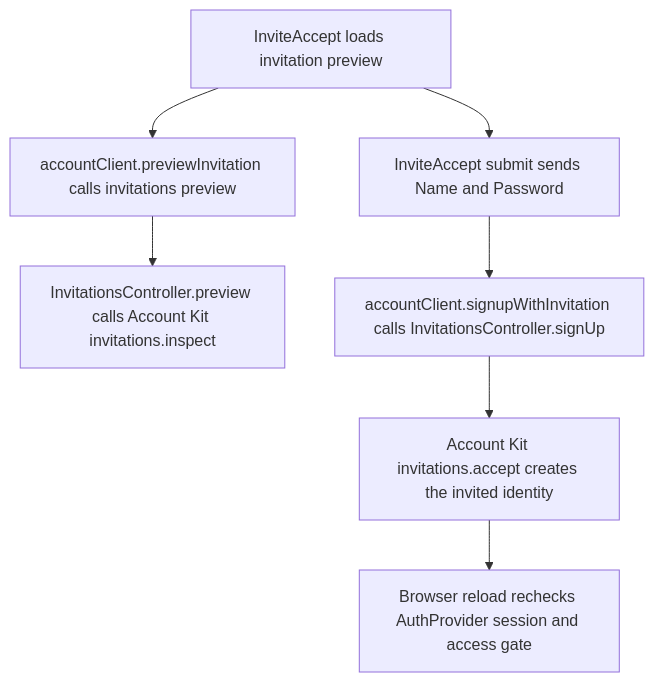
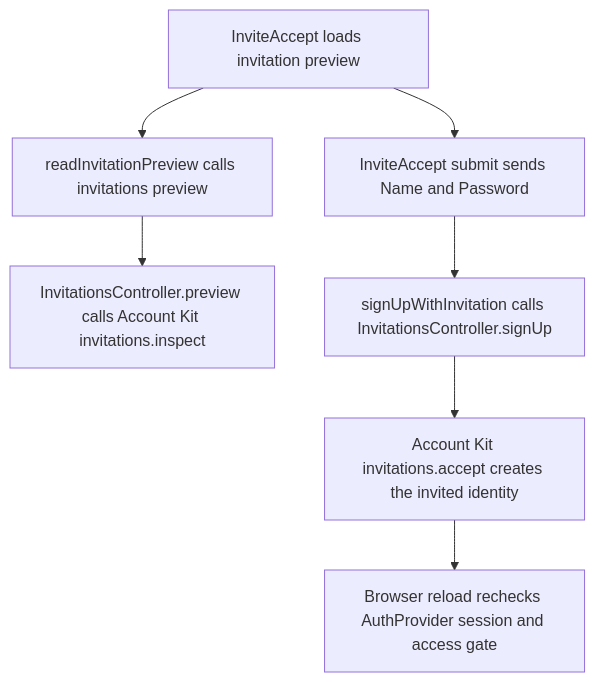
The second of 2 diagrams in user-stories/account/US-ACCOUNT-06-register.md (Kevinjohn/capacitylens), drawn with Mermaid before and after one commit. The commit also changed other lines of this file and 10 other files, not shown here.

````diff
--- a/user-stories/account/US-ACCOUNT-06-register.md
+++ b/user-stories/account/US-ACCOUNT-06-register.md
@@ -35,9 +35,9 @@
 ```mermaid
 flowchart TD
-  page["InviteAccept loads invitation preview"] --> preview["accountClient.previewInvitation calls invitations preview"]
+  page["InviteAccept loads invitation preview"] --> preview["readInvitationPreview calls invitations preview"]
   preview --> kitInspect["InvitationsController.preview calls Account Kit invitations.inspect"]
   page --> signup["InviteAccept submit sends Name and Password"]
-  signup --> accept["accountClient.signupWithInvitation calls InvitationsController.signUp"]
+  signup --> accept["signUpWithInvitation calls InvitationsController.signUp"]
   accept --> kitAccept["Account Kit invitations.accept creates the invited identity"]
   kitAccept --> reload["Browser reload rechecks AuthProvider session and access gate"]
 ```
````
